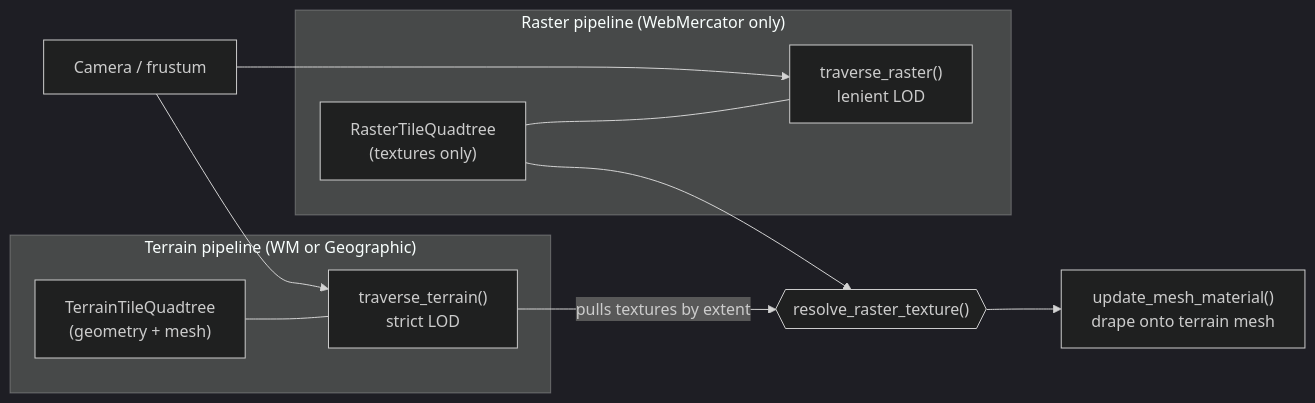
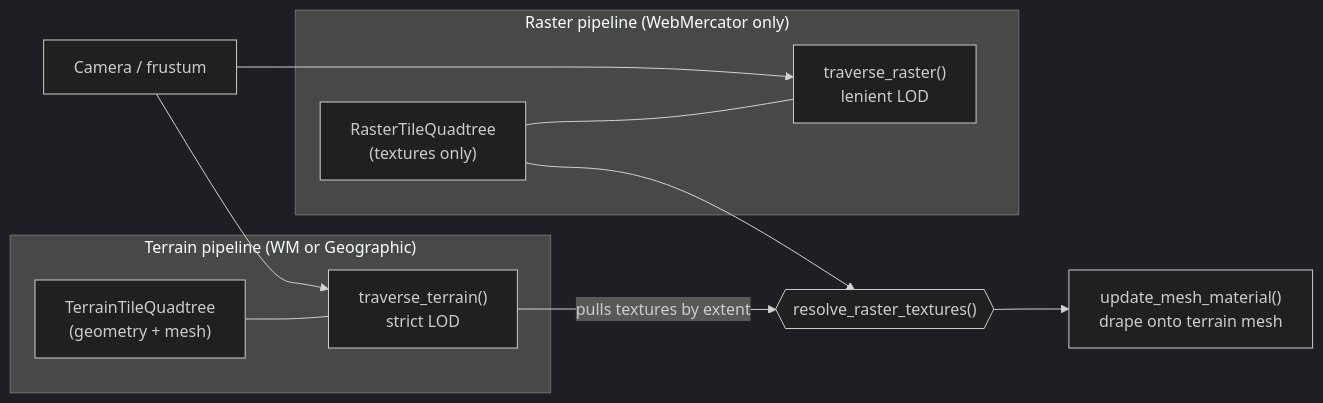
The first of 9 diagrams in guide/TILE_TERRAIN_TRAVERSAL.md (matrix9neonebuchadnezzar2199-sketch/navara), drawn with Mermaid (dark theme) before and after one commit. The commit also changed other lines of this file and 28 other files, not shown here.

````diff
--- a/guide/TILE_TERRAIN_TRAVERSAL.md
+++ b/guide/TILE_TERRAIN_TRAVERSAL.md
@@ -36,18 +36,18 @@
 ```mermaid
 flowchart LR
   subgraph Terrain["Terrain pipeline (WM or Geographic)"]
     TQT["TerrainTileQuadtree<br/>(geometry + mesh)"]
     TT["traverse_terrain()<br/>strict LOD"]
     TQT --- TT
   end
   subgraph Raster["Raster pipeline (WebMercator only)"]
     RQT["RasterTileQuadtree<br/>(textures only)"]
     RT["traverse_raster()<br/>lenient LOD"]
     RQT --- RT
   end
   CAM["Camera / frustum"] --> TT
   CAM --> RT
-  TT -->|"pulls textures by extent"| JOIN{{"resolve_raster_texture()"}}
+  TT -->|"pulls textures by extent"| JOIN{{"resolve_raster_textures()"}}
   RQT --> JOIN
   JOIN --> MAT["update_mesh_material()<br/>drape onto terrain mesh"]
 ```
````
